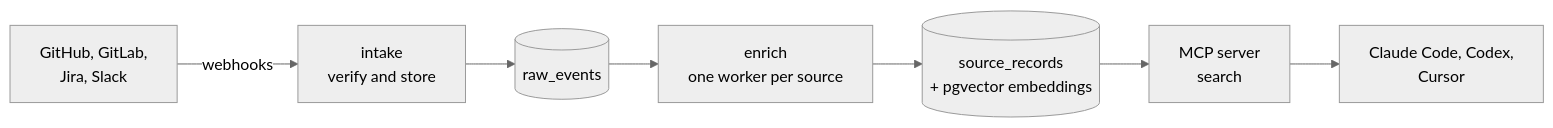
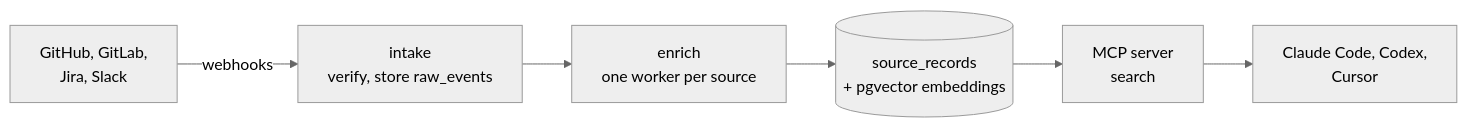
The diagram in README.md (cbu-capstone-design-27/ember), drawn with Mermaid (neutral theme) before and after one commit. The commit also changed other lines of this file, not shown here.

Commit message:
EMBER-100: use the transparent logo in both themes and fit the diagram

````diff
--- a/README.md
+++ b/README.md
@@ -35,9 +32,8 @@
 ```mermaid
 flowchart LR
-  S["GitHub, GitLab,<br/>Jira, Slack"] -->|webhooks| I["intake<br/>verify and store"]
-  I --> R[("raw_events")]
-  R --> E["enrich<br/>one worker per source"]
+  S["GitHub, GitLab,<br/>Jira, Slack"] -->|webhooks| I["intake<br/>verify, store raw_events"]
+  I --> E["enrich<br/>one worker per source"]
   E --> SR[("source_records<br/>+ pgvector embeddings")]
   SR --> M["MCP server<br/>search"]
   M --> A["Claude Code, Codex,<br/>Cursor"]
 ```
````
